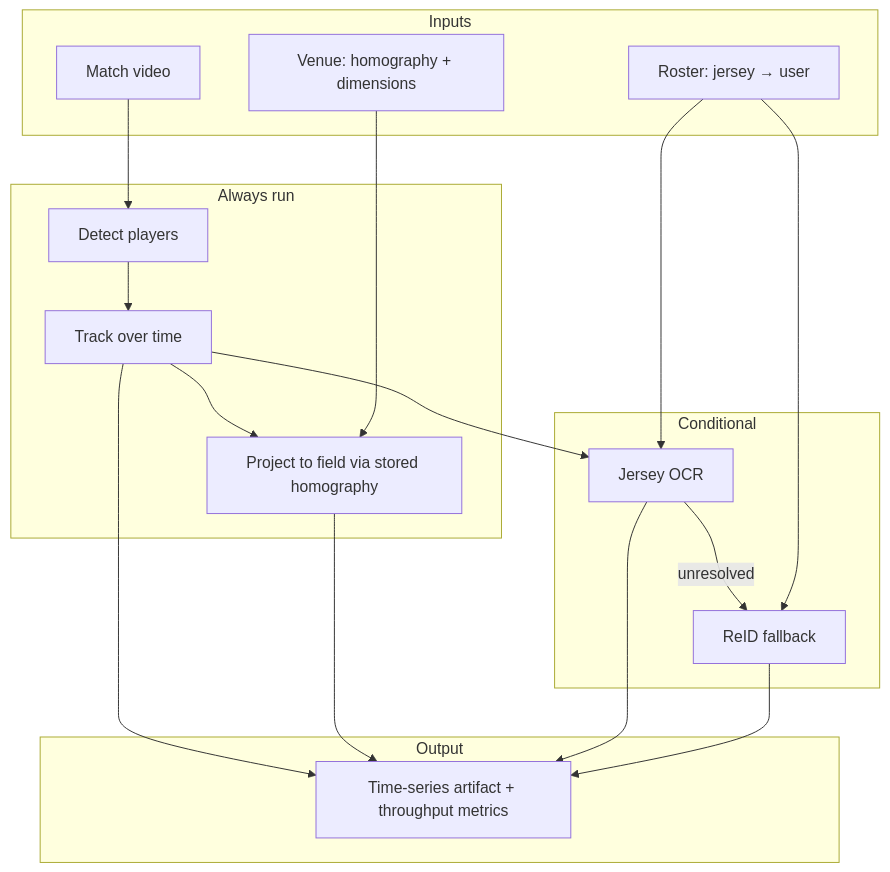
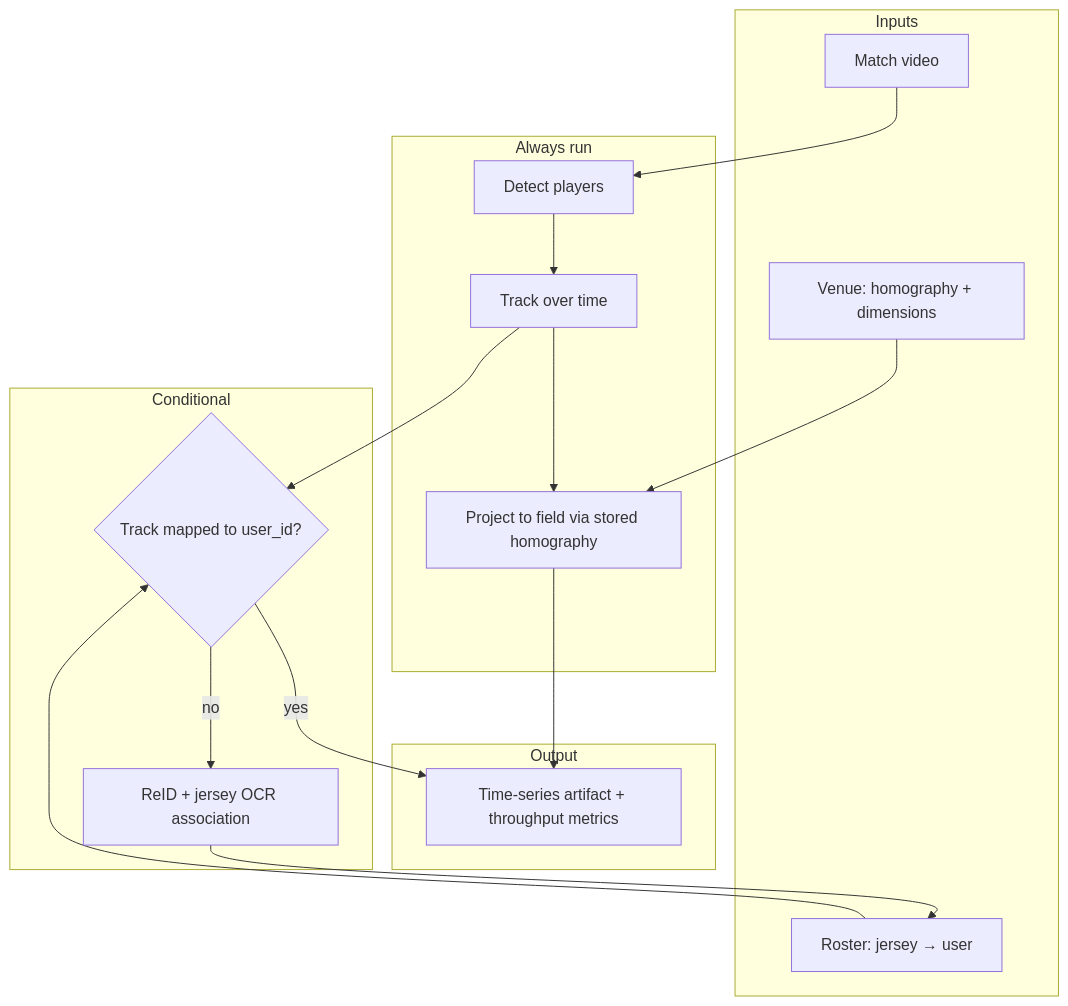
One commit to implacables/sportify changed the first of 2 diagrams in sportify-game-reconstruction/docs/overview.md. Above: the diagram before and after it, drawn with Mermaid. The commit also changed other lines of this file and 11 other files, not shown here.

````diff
--- a/sportify-game-reconstruction/docs/overview.md
+++ b/sportify-game-reconstruction/docs/overview.md
@@ -116,36 +116,34 @@
 ```mermaid
 flowchart TB
   subgraph inputs [Inputs]
     VID[Match video]
     VEN[Venue: homography + dimensions]
     ROST[Roster: jersey → user]
   end
 
   subgraph always [Always run]
     DET[Detect players]
     TRK[Track over time]
     PROJ[Project to field via stored homography]
   end
 
   subgraph conditional [Conditional]
-    JER[Jersey OCR]
-    REID[ReID fallback]
+    MAP{Track mapped to user_id?}
+    ASSOC[ReID + jersey OCR association]
   end
 
   subgraph output [Output]
     ART[Time-series artifact + throughput metrics]
   end
 
   VID --> DET
   DET --> TRK
   TRK --> PROJ
   VEN --> PROJ
-  TRK --> JER
-  JER -->|unresolved| REID
-  ROST --> JER
-  ROST --> REID
-  TRK --> ART
+  TRK --> MAP
+  MAP -->|yes| ART
+  MAP -->|no| ASSOC
+  ASSOC --> ROST
+  ROST --> MAP
   PROJ --> ART
-  JER --> ART
-  REID --> ART
 ```
````
